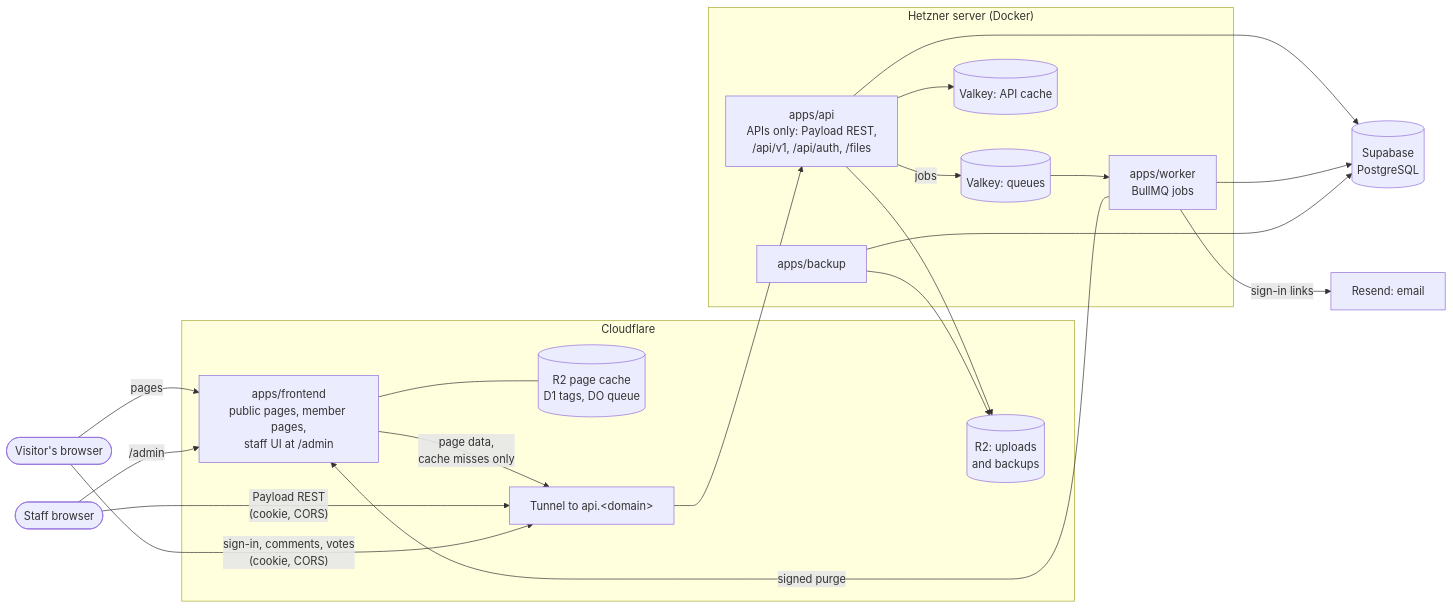
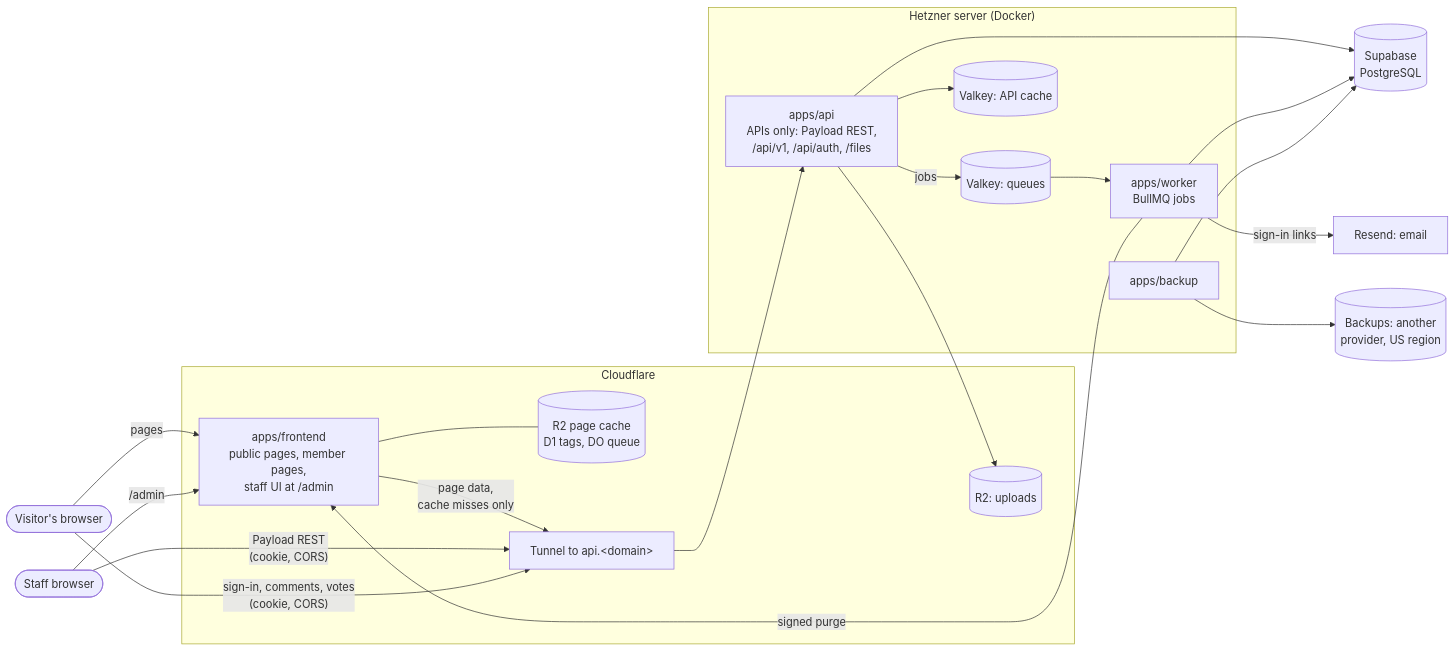
Before and after one commit to benoyj20/Country-Topics-Platform: the diagram in docs/adr/0014-split-site-and-backend.md, drawn with Mermaid. The commit also changed other lines of this file, not shown here.

````diff
--- a/docs/adr/0014-split-site-and-backend.md
+++ b/docs/adr/0014-split-site-and-backend.md
@@ -77,41 +85,42 @@
 ```mermaid
 flowchart LR
   visitor([Visitor's browser])
   editor([Staff browser])
 
   subgraph cf["Cloudflare"]
     site["apps/frontend<br/>public pages, member pages,<br/>staff UI at /admin"]
     sitecache[("R2 page cache<br/>D1 tags, DO queue")]
     tunnel["Tunnel to api.&lt;domain&gt;"]
-    r2files[("R2: uploads<br/>and backups")]
+    r2files[("R2: uploads")]
   end
 
   subgraph hz["Hetzner server (Docker)"]
     api["apps/api<br/>APIs only: Payload REST,<br/>/api/v1, /api/auth, /files"]
     worker["apps/worker<br/>BullMQ jobs"]
     backup["apps/backup"]
     queue[("Valkey: queues")]
     cache[("Valkey: API cache")]
   end
 
   db[("Supabase<br/>PostgreSQL")]
+  offsite[("Backups: another<br/>provider, US region")]
   resend["Resend: email"]
 
   visitor -- "pages" --> site
   editor -- "/admin" --> site
   site -- "page data,<br/>cache misses only" --> tunnel
   editor -- "Payload REST<br/>(cookie, CORS)" --> tunnel
   visitor -- "sign-in, comments, votes<br/>(cookie, CORS)" --> tunnel
   tunnel --> api
   site --- sitecache
   api --> db
   api --> cache
   api -- "jobs" --> queue
   queue --> worker
   worker --> db
   worker -- "sign-in links" --> resend
   worker -- "signed purge" --> site
   api --> r2files
   backup --> db
-  backup --> r2files
+  backup --> offsite
 ```
````
